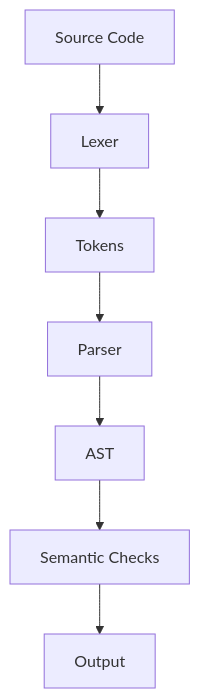
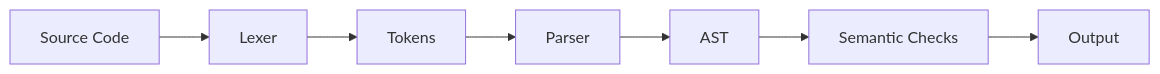
One commit to nilaheydari/Sea-Compiler changed the diagram in README.md. Above: the diagram before and after it, drawn with Mermaid. The commit also changed other lines of this file, not shown here.

````diff
--- a/README.md
+++ b/README.md
@@ -53,9 +54,9 @@
 ```mermaid
-flowchart TD
-    A[Source Code] --> B[Lexer]
-    B --> C[Tokens]
-    C --> D[Parser]
-    D --> E[AST]
-    E --> F[Semantic Checks]
-    F --> G[Output]
+flowchart LR
+    A["Source Code"] --> B["Lexer"]
+    B --> C["Tokens"]
+    C --> D["Parser"]
+    D --> E["AST"]
+    E --> F["Semantic Checks"]
+    F --> G["Output"]
 ```
````
